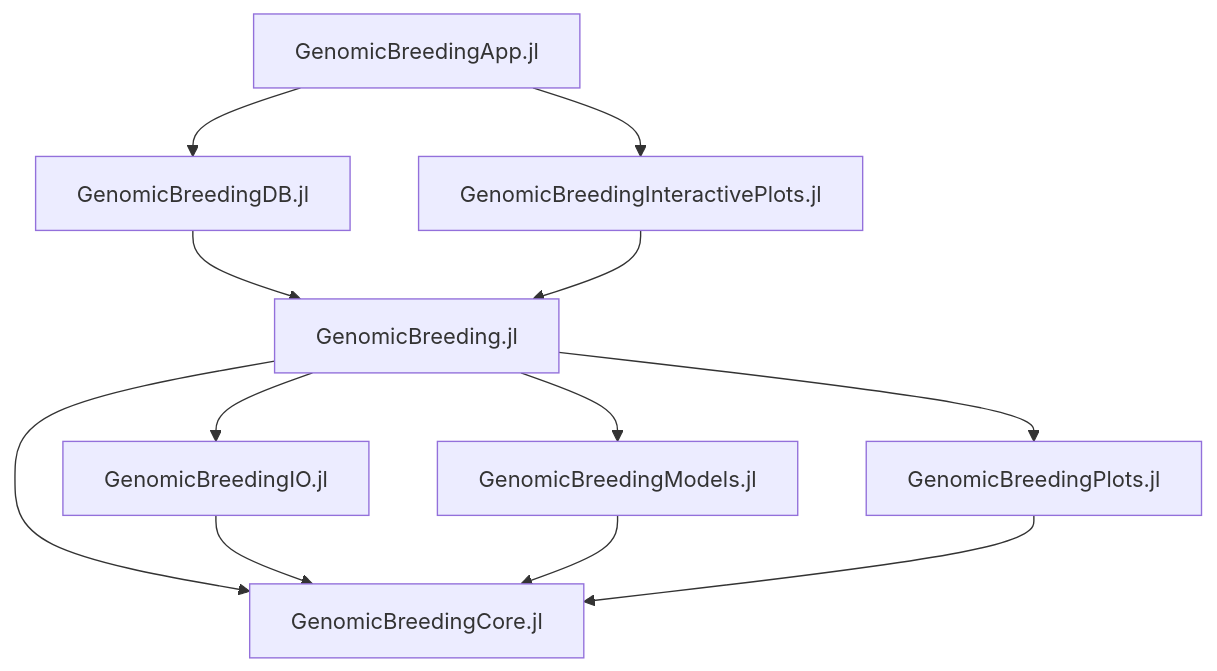
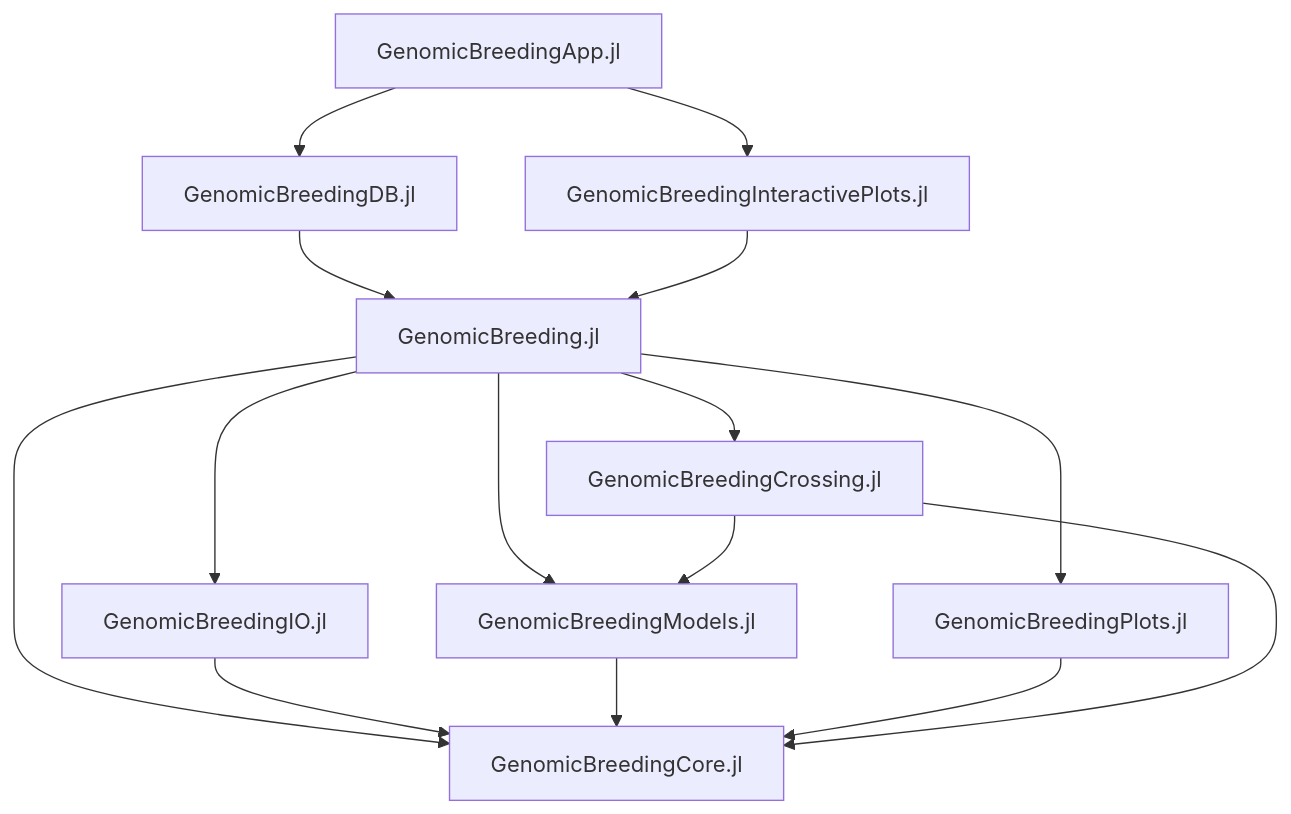
Before and after one commit to GenomicBreeding/.github: the diagram in profile/README.md, drawn with Mermaid.

````diff
--- a/profile/README.md
+++ b/profile/README.md
@@ -23,14 +23,17 @@
 ```mermaid
 flowchart TB
     Workflow[GenomicBreeding.jl] --> Core[GenomicBreedingCore.jl]
     Workflow --> IO[GenomicBreedingIO.jl]
     Workflow --> Models[GenomicBreedingModels.jl]
     Workflow --> Plots[GenomicBreedingPlots.jl]
+    Workflow --> Cross[GenomicBreedingCrossing.jl]
     IO --> Core
     Models --> Core
     Plots --> Core
+    Cross --> Core
+    Cross --> Models
     DB[GenomicBreedingDB.jl] --> Workflow
     IPlots[GenomicBreedingInteractivePlots.jl] --> Workflow
     App[GenomicBreedingApp.jl] --> DB
     App --> IPlots
 ```
````
